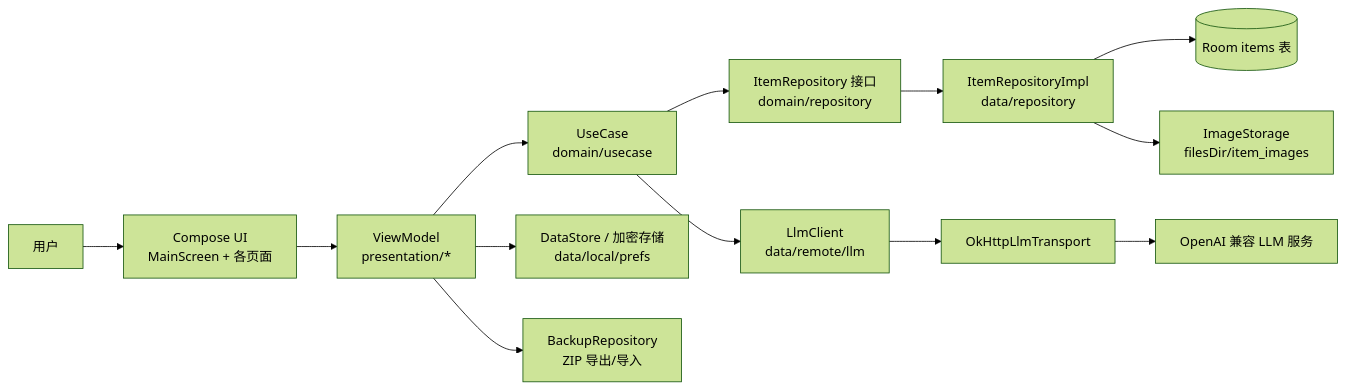
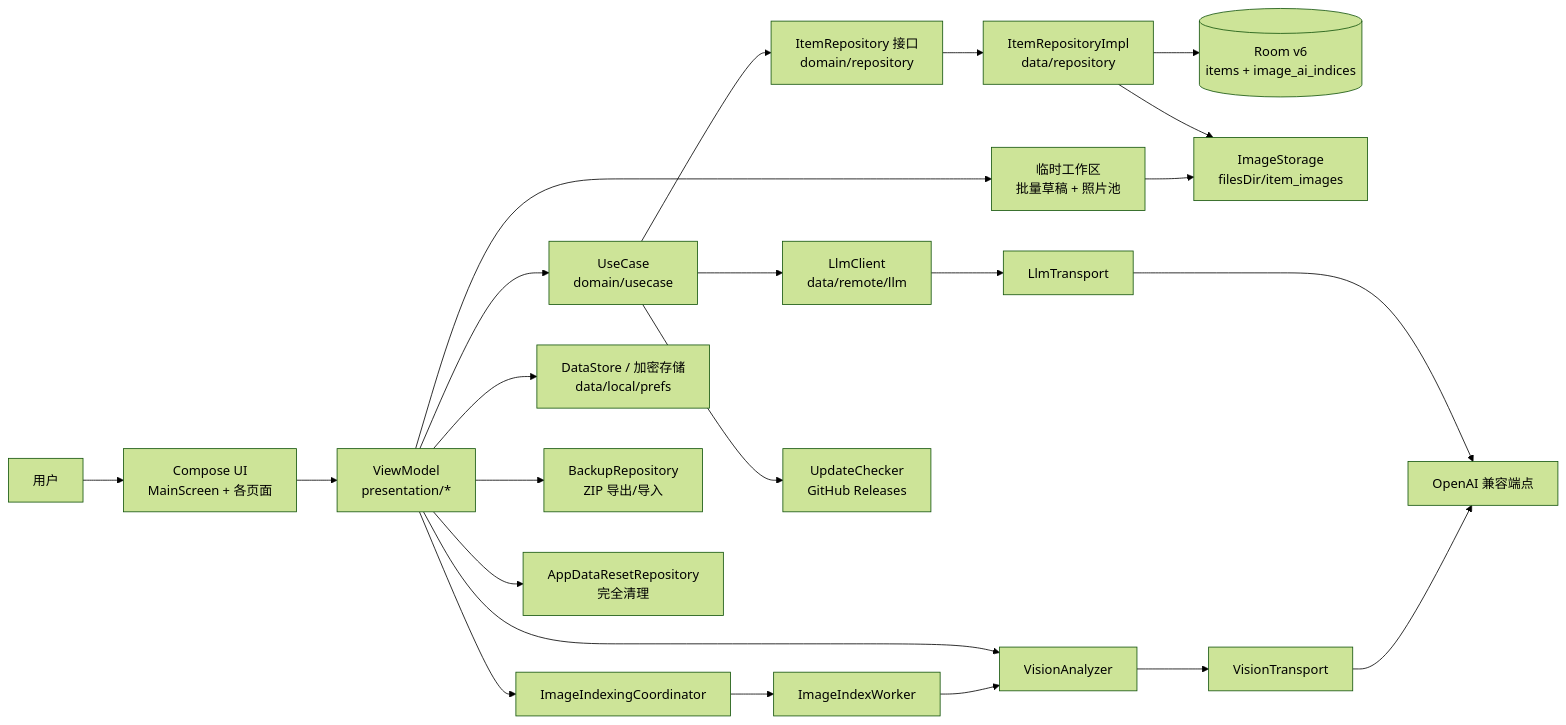
One commit to xulimeng2022/SmartStorageAssistant changed the diagram in docs/project/02-系统架构.md. Above: the diagram before and after it, drawn with Mermaid (forest theme). The commit also changed other lines of this file and 25 other files, not shown here.

```diff
--- a/docs/project/02-系统架构.md
+++ b/docs/project/02-系统架构.md
@@ -15,15 +15,25 @@
 ~~~mermaid
 flowchart LR
     User[用户] --> UI[Compose UI<br/>MainScreen + 各页面]
     UI --> VM[ViewModel<br/>presentation/*]
     VM --> UC[UseCase<br/>domain/usecase]
     UC --> Repo[ItemRepository 接口<br/>domain/repository]
     Repo --> Impl[ItemRepositoryImpl<br/>data/repository]
-    Impl --> Room[(Room items 表)]
+    Impl --> Room[(Room v6<br/>items + image_ai_indices)]
     Impl --> Img[ImageStorage<br/>filesDir/item_images]
+    VM --> Workbench[临时工作区<br/>批量草稿 + 照片池]
+    Workbench --> Img
     UC --> LLM[LlmClient<br/>data/remote/llm]
-    LLM --> Transport[OkHttpLlmTransport]
-    Transport --> Ext[OpenAI 兼容 LLM 服务]
+    LLM --> LTransport[LlmTransport]
+    VM --> Vision[VisionAnalyzer]
+    VM --> IndexCoord[ImageIndexingCoordinator]
+    IndexCoord --> Worker[ImageIndexWorker]
+    Worker --> Vision
+    Vision --> VTransport[VisionTransport]
+    LTransport --> Ext[OpenAI 兼容端点]
+    VTransport --> Ext
     VM --> Prefs[DataStore / 加密存储<br/>data/local/prefs]
     VM --> Backup[BackupRepository<br/>ZIP 导出/导入]
+    VM --> Reset[AppDataResetRepository<br/>完全清理]
+    UC --> Update[UpdateChecker<br/>GitHub Releases]
 ~~~
```
